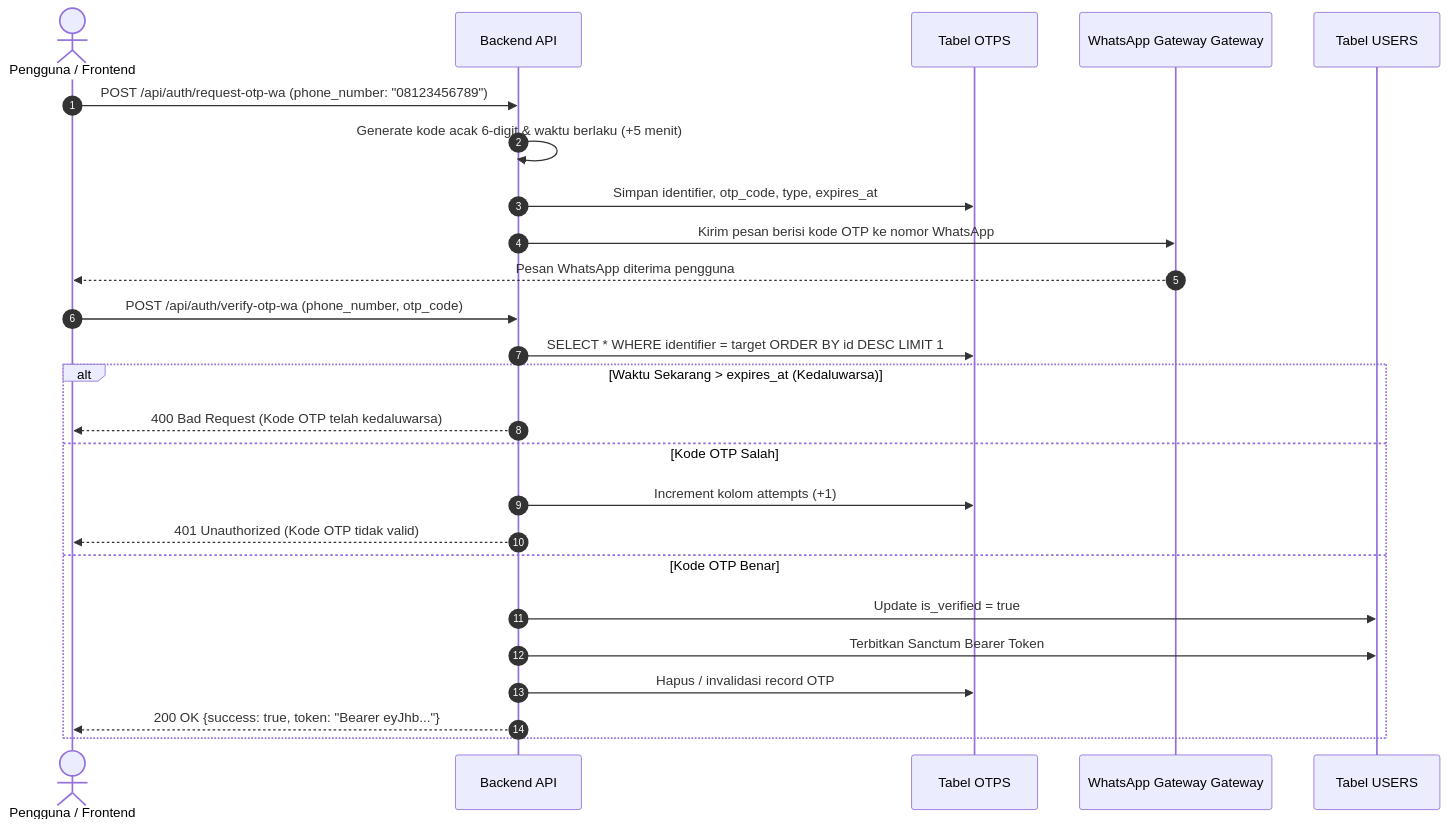
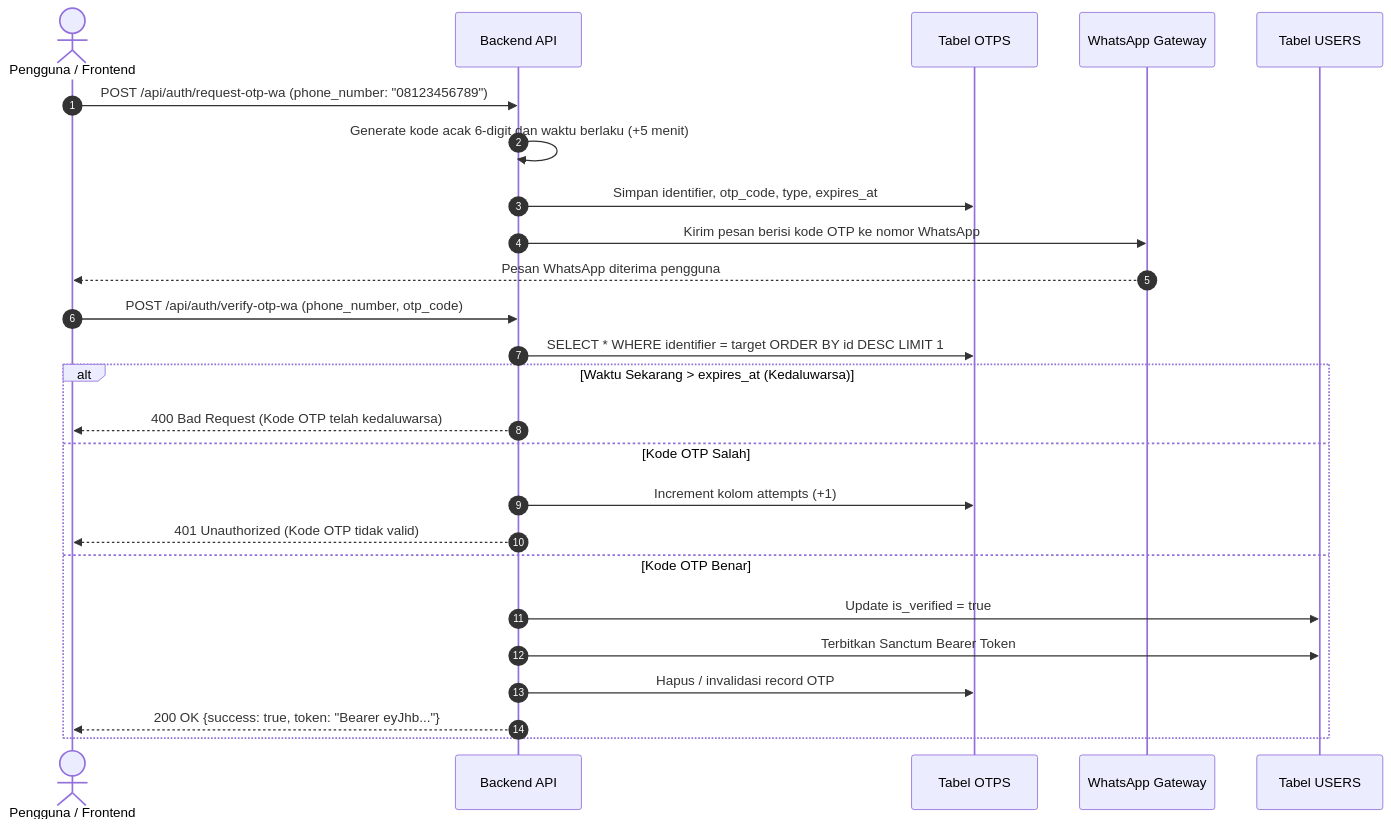
One commit to nabilkencana/Laravel-UKL changed the third of 10 diagrams in README.md. Above: the diagram before and after it, drawn with Mermaid. The commit also changed other lines of this file, not shown here.

Commit message:
Update README.md; improve clarity in sequence diagrams and flowcharts for user authentication processes

````diff
--- a/README.md
+++ b/README.md
@@ -289,31 +288,31 @@
 ```mermaid
 sequenceDiagram
     autonumber
     actor Client as Pengguna / Frontend
     participant App as Backend API
     participant OTP_DB as Tabel OTPS
-    participant WA as WhatsApp Gateway Gateway
+    participant WA as WhatsApp Gateway
     participant User_DB as Tabel USERS
 
     %% Permintaan OTP
     Client->>App: POST /api/auth/request-otp-wa (phone_number: "08123456789")
-    App->>App: Generate kode acak 6-digit & waktu berlaku (+5 menit)
+    App->>App: Generate kode acak 6-digit dan waktu berlaku (+5 menit)
     App->>OTP_DB: Simpan identifier, otp_code, type, expires_at
     App->>WA: Kirim pesan berisi kode OTP ke nomor WhatsApp
     WA-->>Client: Pesan WhatsApp diterima pengguna
 
     %% Verifikasi OTP
     Client->>App: POST /api/auth/verify-otp-wa (phone_number, otp_code)
     App->>OTP_DB: SELECT * WHERE identifier = target ORDER BY id DESC LIMIT 1
     alt Waktu Sekarang > expires_at (Kedaluwarsa)
         App-->>Client: 400 Bad Request (Kode OTP telah kedaluwarsa)
     else Kode OTP Salah
         App->>OTP_DB: Increment kolom attempts (+1)
         App-->>Client: 401 Unauthorized (Kode OTP tidak valid)
     else Kode OTP Benar
         App->>User_DB: Update is_verified = true
         App->>User_DB: Terbitkan Sanctum Bearer Token
         App->>OTP_DB: Hapus / invalidasi record OTP
         App-->>Client: 200 OK {success: true, token: "Bearer eyJhb..."}
     end
 ```
````
